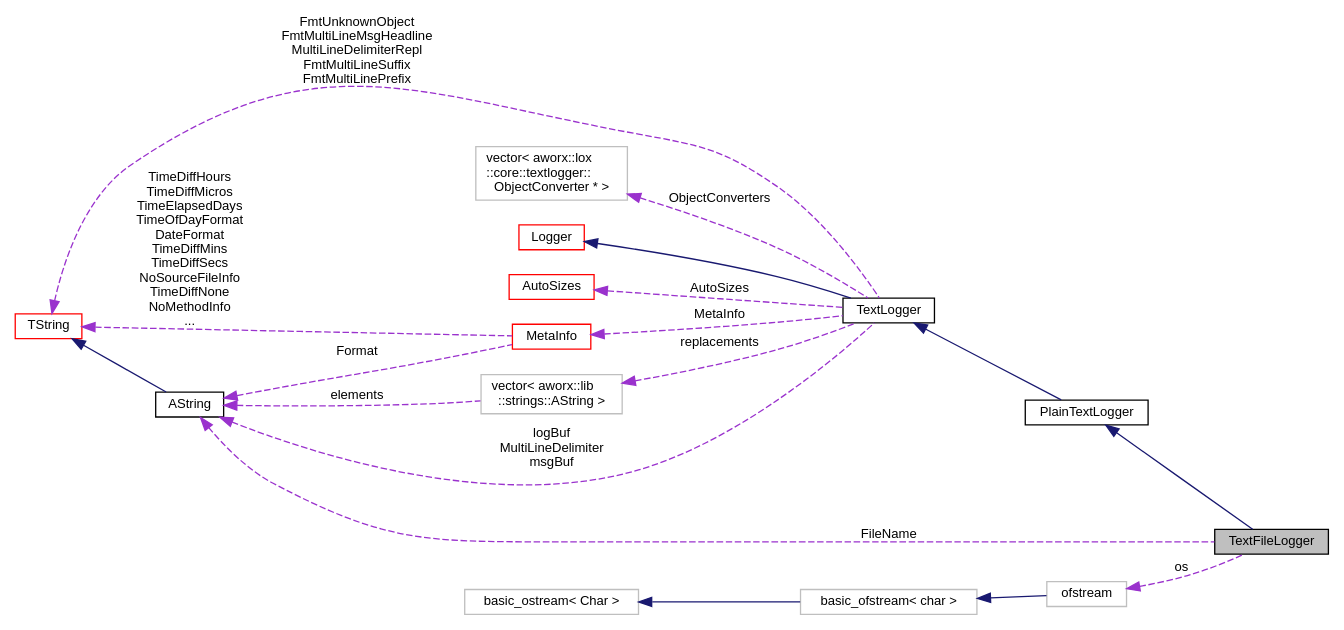
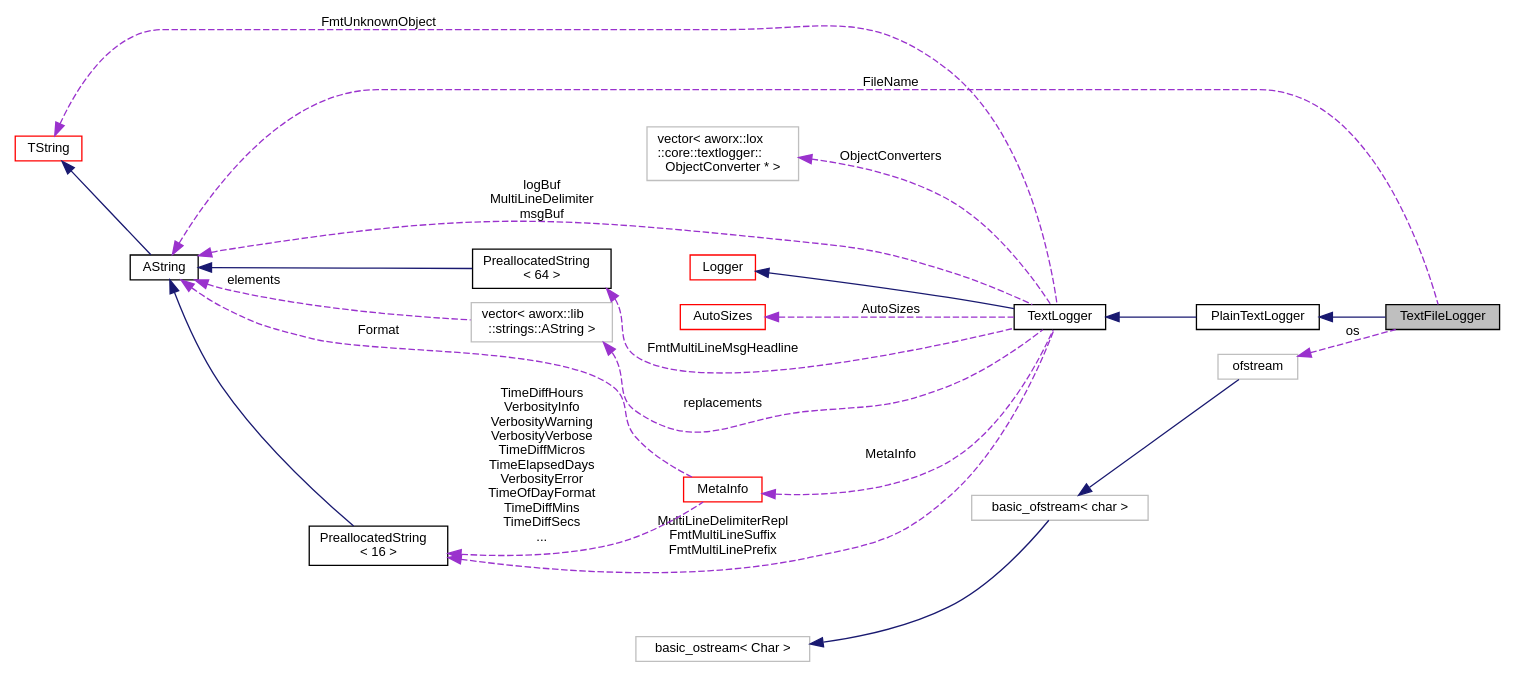
The diagram in cpp_ref/classaworx_1_1lox_1_1loggers_1_1TextFileLogger__coll__graph.dot (AlexWorx/ALox-Logging-Library), drawn with Graphviz before and after one commit. The commit also changed 2703 other files, not shown here.

```diff
--- a/cpp_ref/classaworx_1_1lox_1_1loggers_1_1TextFileLogger__coll__graph.dot
+++ b/cpp_ref/classaworx_1_1lox_1_1loggers_1_1TextFileLogger__coll__graph.dot
@@ -1,36 +1,42 @@
 digraph "TextFileLogger"
 {
   edge [fontname="Helvetica",fontsize="10",labelfontname="Helvetica",labelfontsize="10"];
   node [fontname="Helvetica",fontsize="10",shape=record];
   rankdir="LR";
   Node1 [label="TextFileLogger",height=0.2,width=0.4,color="black", fillcolor="grey75", style="filled", fontcolor="black"];
   Node2 -> Node1 [dir="back",color="midnightblue",fontsize="10",style="solid",fontname="Helvetica"];
   Node2 [label="PlainTextLogger",height=0.2,width=0.4,color="black", fillcolor="white", style="filled",URL="$classaworx_1_1lox_1_1core_1_1textlogger_1_1PlainTextLogger.html"];
   Node3 -> Node2 [dir="back",color="midnightblue",fontsize="10",style="solid",fontname="Helvetica"];
   Node3 [label="TextLogger",height=0.2,width=0.4,color="black", fillcolor="white", style="filled",URL="$classaworx_1_1lox_1_1core_1_1textlogger_1_1TextLogger.html"];
   Node4 -> Node3 [dir="back",color="midnightblue",fontsize="10",style="solid",fontname="Helvetica"];
   Node4 [label="Logger",height=0.2,width=0.4,color="red", fillcolor="white", style="filled",URL="$classaworx_1_1lox_1_1core_1_1Logger.html"];
   Node5 -> Node3 [dir="back",color="darkorchid3",fontsize="10",style="dashed",label=" AutoSizes" ,fontname="Helvetica"];
   Node5 [label="AutoSizes",height=0.2,width=0.4,color="red", fillcolor="white", style="filled",URL="$classaworx_1_1lox_1_1core_1_1textlogger_1_1AutoSizes.html"];
   Node6 -> Node3 [dir="back",color="darkorchid3",fontsize="10",style="dashed",label=" replacements" ,fontname="Helvetica"];
   Node6 [label="vector\< aworx::lib\l::strings::AString \>",height=0.2,width=0.4,color="grey75", fillcolor="white", style="filled"];
   Node7 -> Node6 [dir="back",color="darkorchid3",fontsize="10",style="dashed",label=" elements" ,fontname="Helvetica"];
   Node7 [label="AString",height=0.2,width=0.4,color="black", fillcolor="white", style="filled",URL="$classaworx_1_1lib_1_1strings_1_1AString.html"];
   Node8 -> Node7 [dir="back",color="midnightblue",fontsize="10",style="solid",fontname="Helvetica"];
   Node8 [label="TString",height=0.2,width=0.4,color="red", fillcolor="white", style="filled",URL="$classaworx_1_1lib_1_1strings_1_1TString.html"];
-  Node8 -> Node3 [dir="back",color="darkorchid3",fontsize="10",style="dashed",label=" FmtUnknownObject\nFmtMultiLineMsgHeadline\nMultiLineDelimiterRepl\nFmtMultiLineSuffix\nFmtMultiLinePrefix" ,fontname="Helvetica"];
-  Node9 -> Node3 [dir="back",color="darkorchid3",fontsize="10",style="dashed",label=" MetaInfo" ,fontname="Helvetica"];
-  Node9 [label="MetaInfo",height=0.2,width=0.4,color="red", fillcolor="white", style="filled",URL="$classaworx_1_1lox_1_1core_1_1textlogger_1_1MetaInfo.html"];
-  Node8 -> Node9 [dir="back",color="darkorchid3",fontsize="10",style="dashed",label=" TimeDiffHours\nTimeDiffMicros\nTimeElapsedDays\nTimeOfDayFormat\nDateFormat\nTimeDiffMins\nTimeDiffSecs\nNoSourceFileInfo\nTimeDiffNone\nNoMethodInfo\n..." ,fontname="Helvetica"];
-  Node7 -> Node9 [dir="back",color="darkorchid3",fontsize="10",style="dashed",label=" Format" ,fontname="Helvetica"];
+  Node8 -> Node3 [dir="back",color="darkorchid3",fontsize="10",style="dashed",label=" FmtUnknownObject" ,fontname="Helvetica"];
+  Node9 -> Node3 [dir="back",color="darkorchid3",fontsize="10",style="dashed",label=" FmtMultiLineMsgHeadline" ,fontname="Helvetica"];
+  Node9 [label="PreallocatedString\l\< 64 \>",height=0.2,width=0.4,color="black", fillcolor="white", style="filled",URL="$classaworx_1_1lib_1_1strings_1_1PreallocatedString.html"];
+  Node7 -> Node9 [dir="back",color="midnightblue",fontsize="10",style="solid",fontname="Helvetica"];
+  Node10 -> Node3 [dir="back",color="darkorchid3",fontsize="10",style="dashed",label=" MultiLineDelimiterRepl\nFmtMultiLineSuffix\nFmtMultiLinePrefix" ,fontname="Helvetica"];
+  Node10 [label="PreallocatedString\l\< 16 \>",height=0.2,width=0.4,color="black", fillcolor="white", style="filled",URL="$classaworx_1_1lib_1_1strings_1_1PreallocatedString.html"];
+  Node7 -> Node10 [dir="back",color="midnightblue",fontsize="10",style="solid",fontname="Helvetica"];
+  Node11 -> Node3 [dir="back",color="darkorchid3",fontsize="10",style="dashed",label=" MetaInfo" ,fontname="Helvetica"];
+  Node11 [label="MetaInfo",height=0.2,width=0.4,color="red", fillcolor="white", style="filled",URL="$classaworx_1_1lox_1_1core_1_1textlogger_1_1MetaInfo.html"];
+  Node10 -> Node11 [dir="back",color="darkorchid3",fontsize="10",style="dashed",label=" TimeDiffHours\nVerbosityInfo\nVerbosityWarning\nVerbosityVerbose\nTimeDiffMicros\nTimeElapsedDays\nVerbosityError\nTimeOfDayFormat\nTimeDiffMins\nTimeDiffSecs\n..." ,fontname="Helvetica"];
+  Node7 -> Node11 [dir="back",color="darkorchid3",fontsize="10",style="dashed",label=" Format" ,fontname="Helvetica"];
   Node7 -> Node3 [dir="back",color="darkorchid3",fontsize="10",style="dashed",label=" logBuf\nMultiLineDelimiter\nmsgBuf" ,fontname="Helvetica"];
-  Node10 -> Node3 [dir="back",color="darkorchid3",fontsize="10",style="dashed",label=" ObjectConverters" ,fontname="Helvetica"];
-  Node10 [label="vector\< aworx::lox\l::core::textlogger::\lObjectConverter * \>",height=0.2,width=0.4,color="grey75", fillcolor="white", style="filled"];
+  Node12 -> Node3 [dir="back",color="darkorchid3",fontsize="10",style="dashed",label=" ObjectConverters" ,fontname="Helvetica"];
+  Node12 [label="vector\< aworx::lox\l::core::textlogger::\lObjectConverter * \>",height=0.2,width=0.4,color="grey75", fillcolor="white", style="filled"];
   Node7 -> Node1 [dir="back",color="darkorchid3",fontsize="10",style="dashed",label=" FileName" ,fontname="Helvetica"];
-  Node11 -> Node1 [dir="back",color="darkorchid3",fontsize="10",style="dashed",label=" os" ,fontname="Helvetica"];
-  Node11 [label="ofstream",height=0.2,width=0.4,color="grey75", fillcolor="white", style="filled",tooltip="STL class. "];
-  Node12 -> Node11 [dir="back",color="midnightblue",fontsize="10",style="solid",fontname="Helvetica"];
-  Node12 [label="basic_ofstream\< char \>",height=0.2,width=0.4,color="grey75", fillcolor="white", style="filled",tooltip="STL class. "];
-  Node13 -> Node12 [dir="back",color="midnightblue",fontsize="10",style="solid",fontname="Helvetica"];
-  Node13 [label="basic_ostream\< Char \>",height=0.2,width=0.4,color="grey75", fillcolor="white", style="filled",tooltip="STL class. "];
+  Node13 -> Node1 [dir="back",color="darkorchid3",fontsize="10",style="dashed",label=" os" ,fontname="Helvetica"];
+  Node13 [label="ofstream",height=0.2,width=0.4,color="grey75", fillcolor="white", style="filled",tooltip="STL class. "];
+  Node14 -> Node13 [dir="back",color="midnightblue",fontsize="10",style="solid",fontname="Helvetica"];
+  Node14 [label="basic_ofstream\< char \>",height=0.2,width=0.4,color="grey75", fillcolor="white", style="filled",tooltip="STL class. "];
+  Node15 -> Node14 [dir="back",color="midnightblue",fontsize="10",style="solid",fontname="Helvetica"];
+  Node15 [label="basic_ostream\< Char \>",height=0.2,width=0.4,color="grey75", fillcolor="white", style="filled",tooltip="STL class. "];
 }
```
